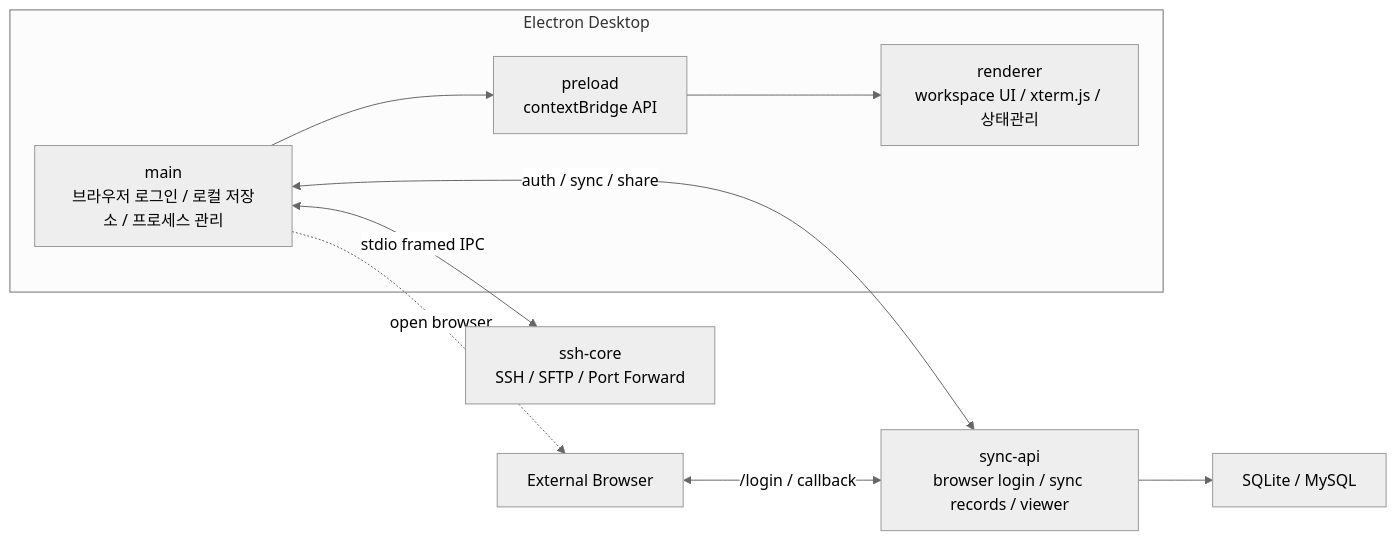
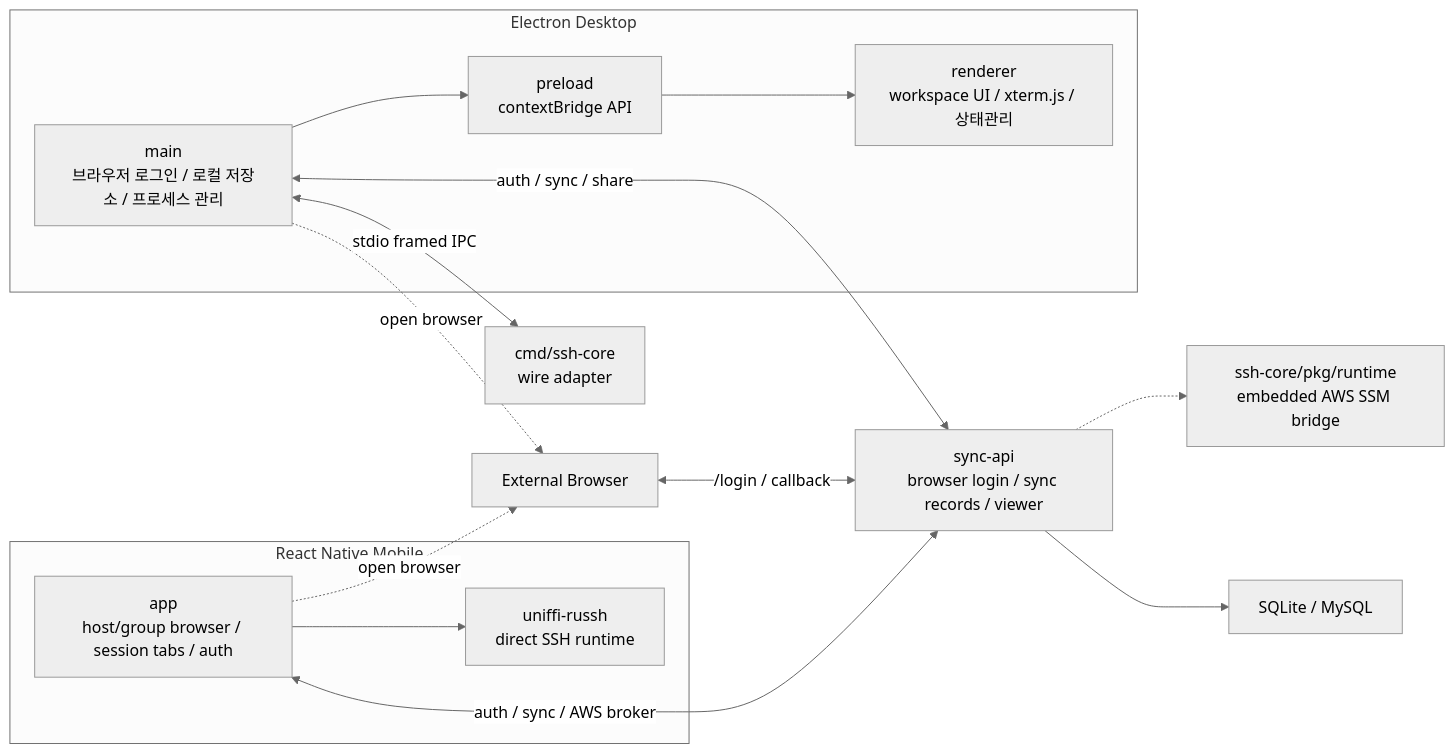
Before and after one commit to doldolma/Dolgate: the diagram in docs/architecture.md, drawn with Mermaid (neutral theme). The commit also changed other lines of this file and 107 other files, not shown here.

Commit message:
Integrate mobile session, AWS SSO, and release workflow updates

````diff
--- a/docs/architecture.md
+++ b/docs/architecture.md
@@ -11,14 +12,22 @@
 ```mermaid
 flowchart LR
   subgraph Desktop["Electron Desktop"]
     Main["main<br/>브라우저 로그인 / 로컬 저장소 / 프로세스 관리"]
     Preload["preload<br/>contextBridge API"]
     Renderer["renderer<br/>workspace UI / xterm.js / 상태관리"]
     Main --> Preload --> Renderer
   end
-  Main <-->|"stdio framed IPC"| Core["ssh-core<br/>SSH / SFTP / Port Forward"]
+  subgraph Mobile["React Native Mobile"]
+    MobileApp["app<br/>host/group browser / session tabs / auth"]
+    MobileSSH["uniffi-russh<br/>direct SSH runtime"]
+    MobileApp --> MobileSSH
+  end
+  Main <-->|"stdio framed IPC"| CoreCmd["cmd/ssh-core<br/>wire adapter"]
   Main <-->|"auth / sync / share"| Sync["sync-api<br/>browser login / sync records / viewer"]
+  MobileApp <-->|"auth / sync / AWS broker"| Sync
+  Sync -.-> CoreLib["ssh-core/pkg/runtime<br/>embedded AWS SSM bridge"]
   Sync --> DB["SQLite / MySQL"]
   Browser["External Browser"] <-->|"/login / callback"| Sync
   Main -. "open browser" .-> Browser
+  MobileApp -. "open browser" .-> Browser
 ```
````
